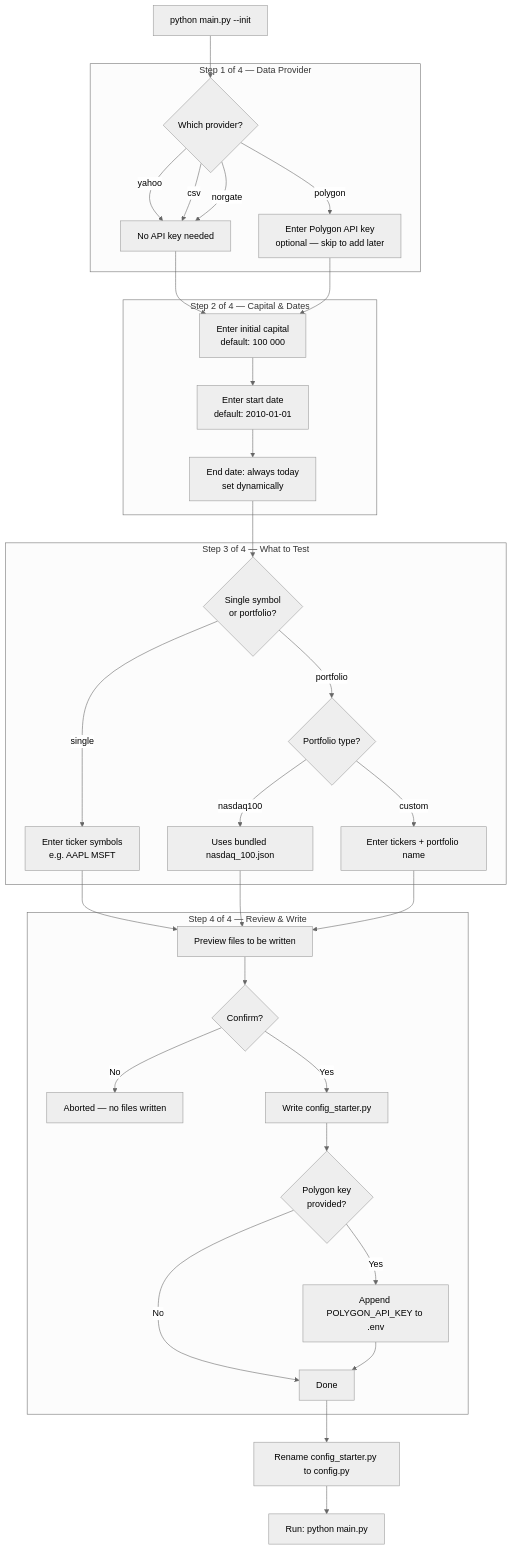
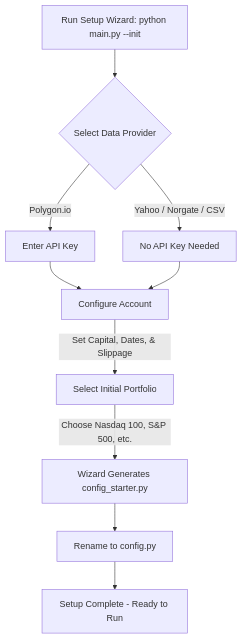
The second of 3 diagrams in README.md (zachisit/july-backtester), drawn with Mermaid before and after one commit.

Commit message:
docs: replace --init wizard flowchart with clean vanilla Mermaid block

````diff
--- a/README.md
+++ b/README.md
@@ -59,46 +59,12 @@
 ```mermaid
-%%{init: {'theme': 'neutral'}}%%
 graph TD
-    A[python main.py --init] --> B
-
-    subgraph Step1 [Step 1 of 4 — Data Provider]
-        B{Which provider?} -->|yahoo| C[No API key needed]
-        B -->|csv| C
-        B -->|norgate| C
-        B -->|polygon| D[Enter Polygon API key\noptional — skip to add later]
-    end
-
-    C --> E
+    A[Run Setup Wizard: python main.py --init] --> B{Select Data Provider}
+    B -->|Polygon.io| C[Enter API Key]
+    B -->|Yahoo / Norgate / CSV| D[No API Key Needed]
+    C --> E[Configure Account]
     D --> E
-
-    subgraph Step2 [Step 2 of 4 — Capital & Dates]
-        E[Enter initial capital\ndefault: 100 000] --> F[Enter start date\ndefault: 2010-01-01]
-        F --> G[End date: always today\nset dynamically]
-    end
-
-    G --> H
-
-    subgraph Step3 [Step 3 of 4 — What to Test]
-        H{Single symbol\nor portfolio?} -->|single| I[Enter ticker symbols\ne.g. AAPL MSFT]
-        H -->|portfolio| J{Portfolio type?}
-        J -->|nasdaq100| K[Uses bundled nasdaq_100.json]
-        J -->|custom| L[Enter tickers + portfolio name]
-    end
-
-    I --> M
-    K --> M
-    L --> M
-
-    subgraph Step4 [Step 4 of 4 — Review & Write]
-        M[Preview files to be written] --> N{Confirm?}
-        N -->|No| O[Aborted — no files written]
-        N -->|Yes| P[Write config_starter.py]
-        P --> Q{Polygon key\nprovided?}
-        Q -->|Yes| R[Append POLYGON_API_KEY to .env]
-        Q -->|No| S[Done]
-        R --> S
-    end
-
-    S --> T[Rename config_starter.py to config.py]
-    T --> U[Run: python main.py]
+    E -->|Set Capital, Dates, & Slippage| F[Select Initial Portfolio]
+    F -->|Choose Nasdaq 100, S&P 500, etc.| G[Wizard Generates config_starter.py]
+    G --> H[Rename to config.py]
+    H --> I[Setup Complete - Ready to Run]
 ```
````
